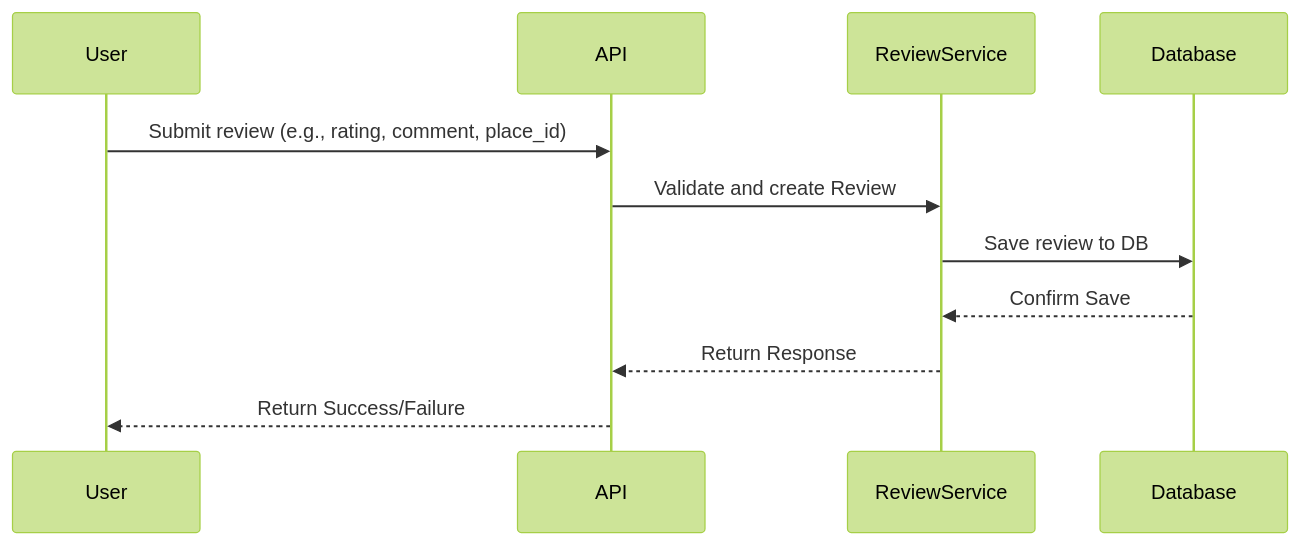
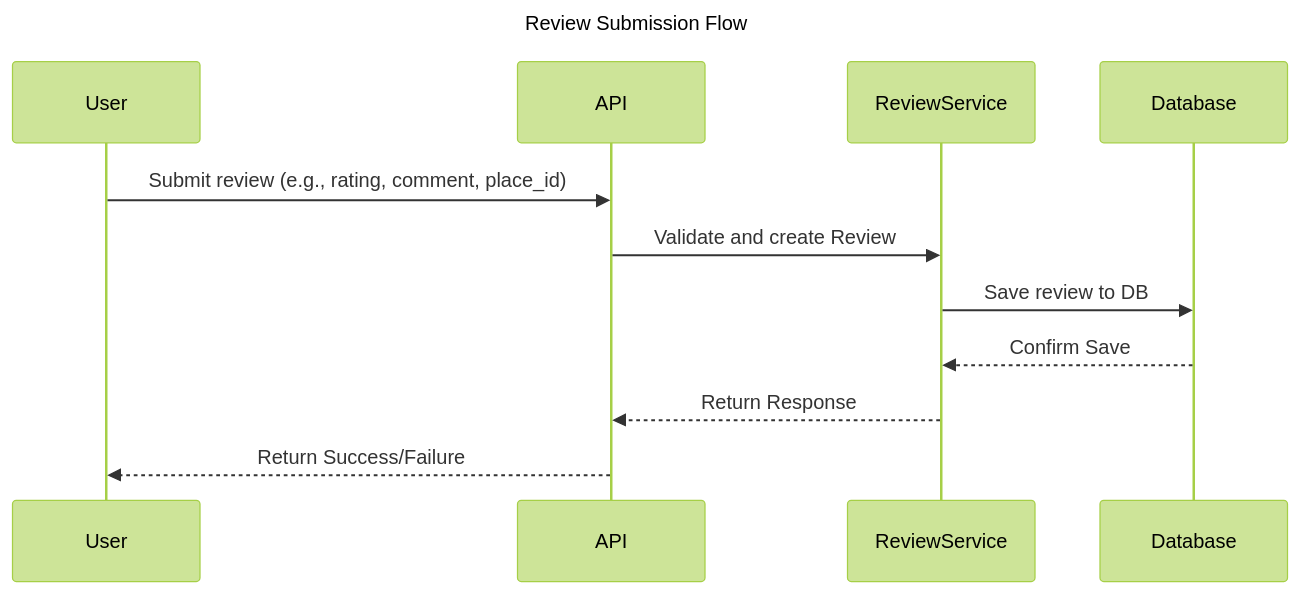
Before and after one commit to Roullito/holbertonschool-hbnb: the fifth of 6 diagrams in part1/3_Documentation_Compilation.md, drawn with Mermaid (forest theme). The commit also changed other lines of this file, not shown here.

Commit message:
fix: Sequence Diagrams – API Interaction Flow

````diff
--- a/part1/3_Documentation_Compilation.md
+++ b/part1/3_Documentation_Compilation.md
@@ -173,14 +177,17 @@
 ```mermaid
 sequenceDiagram
+title Review Submission Flow
+
 participant User
 participant API
 participant ReviewService
 participant Database
 
 User ->> API: Submit review (e.g., rating, comment, place_id)
 API ->> ReviewService: Validate and create Review
 ReviewService ->> Database: Save review to DB
 Database -->> ReviewService: Confirm Save
 ReviewService -->> API: Return Response
 API -->> User: Return Success/Failure
+
 ```
````
